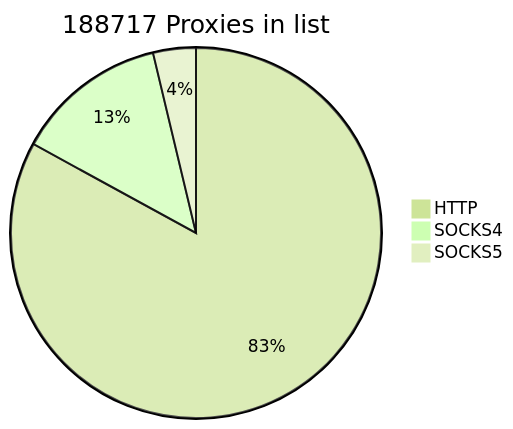
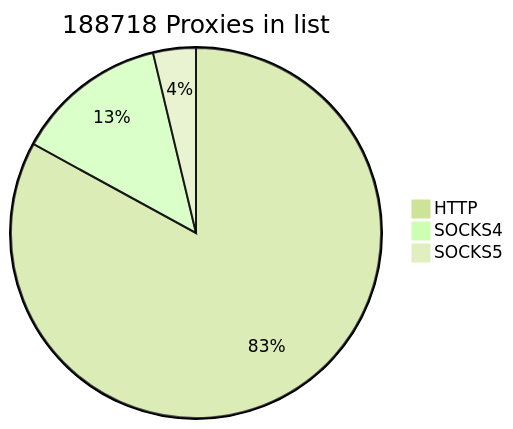
One commit to cutipu/proxylist changed the first of 2 diagrams in README.md. Above: the diagram before and after it, drawn with Mermaid (forest theme). The commit also changed other lines of this file, not shown here.

````diff
--- a/README.md
+++ b/README.md
@@ -2,7 +2,7 @@
 ```mermaid
-pie title 188717 Proxies in list
+pie title 188718 Proxies in list
     "HTTP" : 156573
-    "SOCKS4" : 25101
+    "SOCKS4" : 25102
     "SOCKS5" : 7043
             
 ```
````
